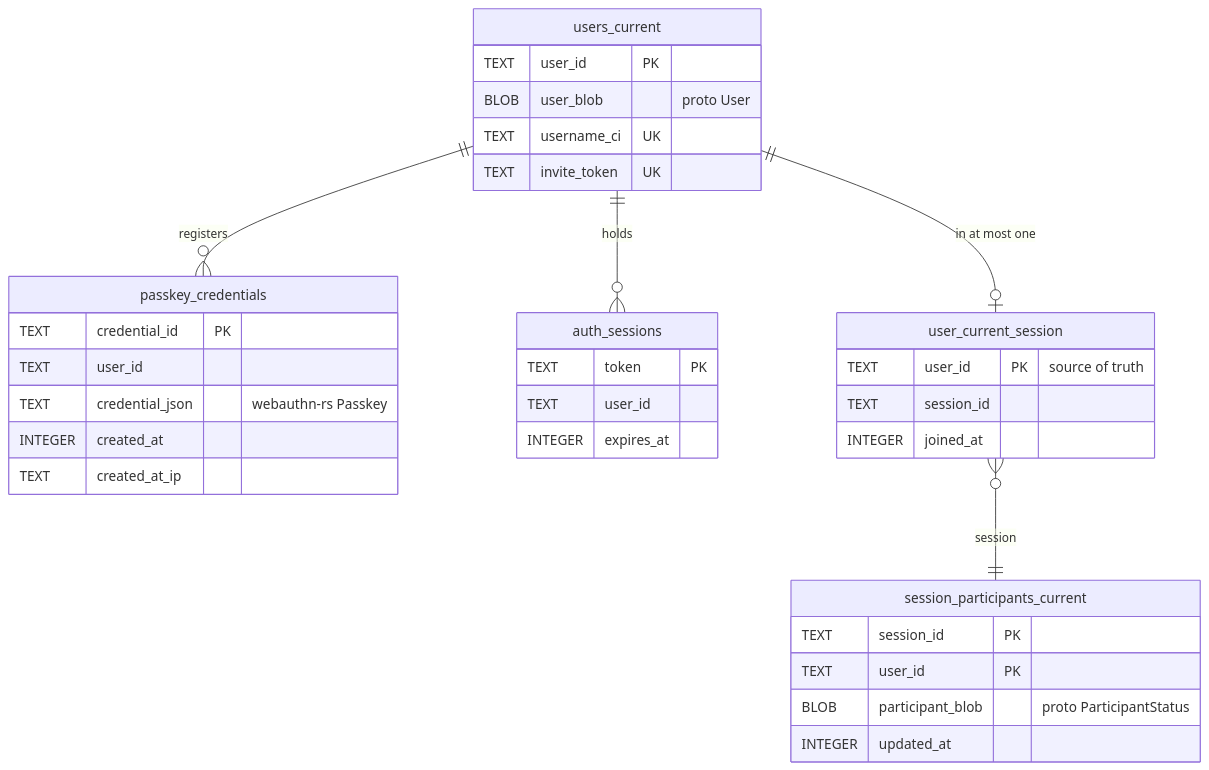
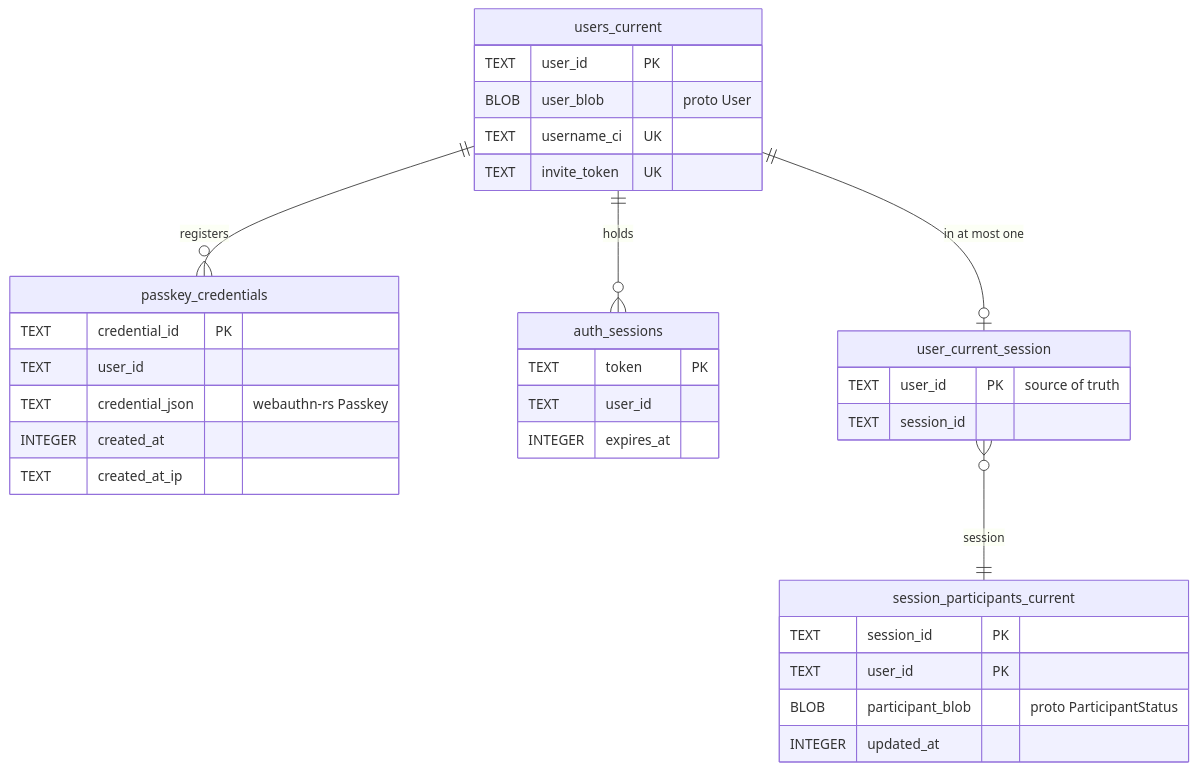
The third of 3 diagrams in docs/architecture/data-model.md (brensch/lift), drawn with Mermaid before and after one commit. The commit also changed other lines of this file and 294 other files, not shown here.

````diff
--- a/docs/architecture/data-model.md
+++ b/docs/architecture/data-model.md
@@ -204,37 +205,36 @@
 ```mermaid
 erDiagram
     users_current ||--o{ passkey_credentials : "registers"
     users_current ||--o{ auth_sessions : "holds"
     users_current ||--o| user_current_session : "in at most one"
     user_current_session }o--|| session_participants_current : "session"
 
     users_current {
         TEXT user_id PK
         BLOB user_blob "proto User"
         TEXT username_ci UK
         TEXT invite_token UK
     }
     passkey_credentials {
         TEXT credential_id PK
         TEXT user_id
         TEXT credential_json "webauthn-rs Passkey"
         INTEGER created_at
         TEXT created_at_ip
     }
     auth_sessions {
         TEXT token PK
         TEXT user_id
         INTEGER expires_at
     }
     user_current_session {
         TEXT user_id PK "source of truth"
         TEXT session_id
-        INTEGER joined_at
     }
     session_participants_current {
         TEXT session_id PK
         TEXT user_id PK
         BLOB participant_blob "proto ParticipantStatus"
         INTEGER updated_at
     }
 ```
````
